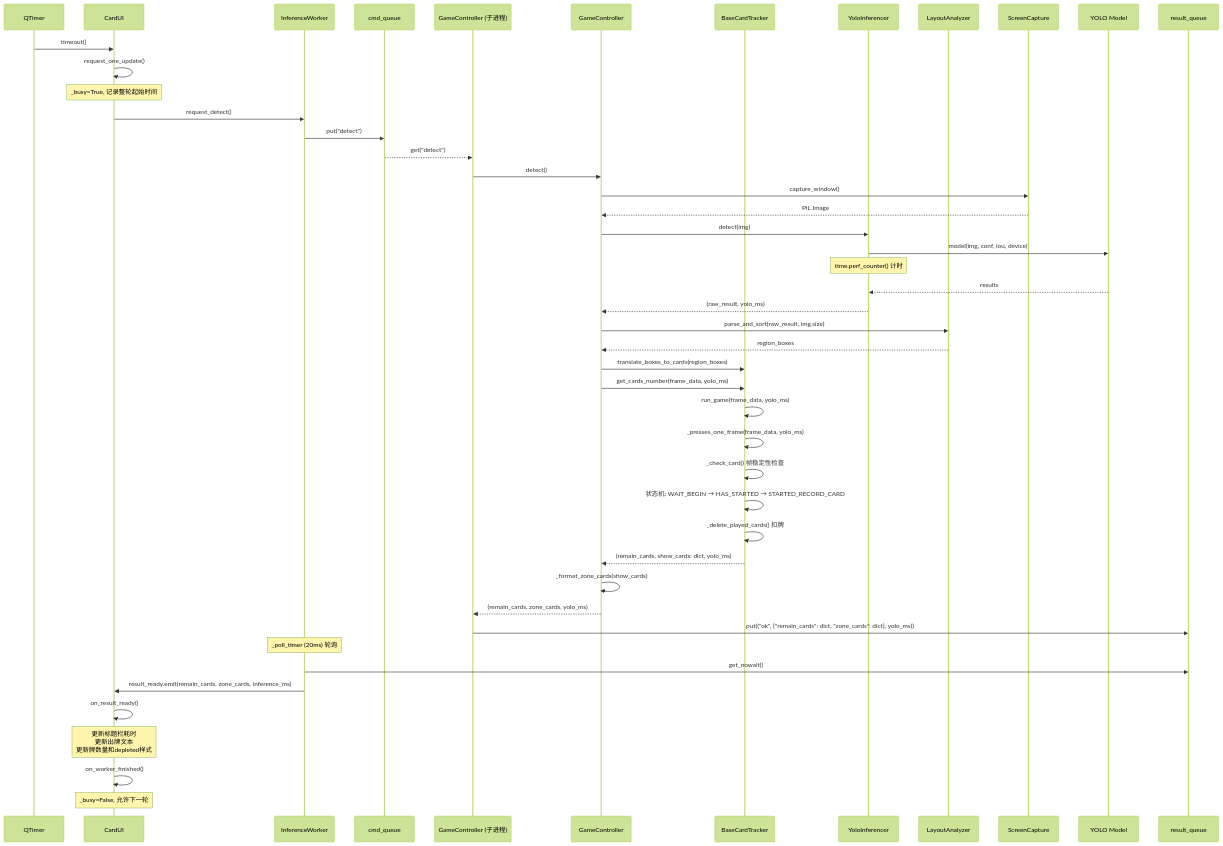
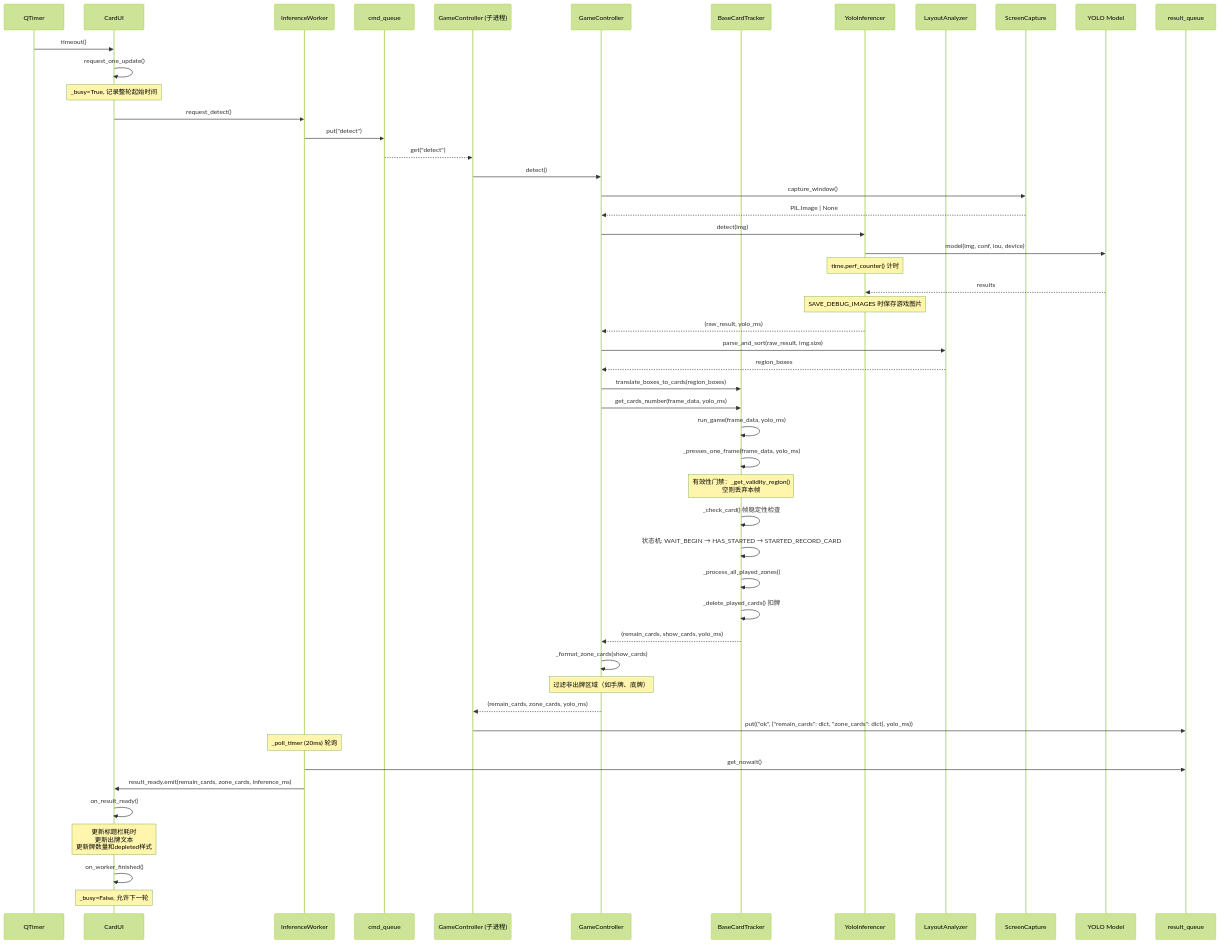
The first of 6 diagrams in docs/sequence-diagram.md (luckFan0519/han-card-tracker), drawn with Mermaid (forest theme) before and after one commit. The commit also changed other lines of this file and 12 other files, not shown here.

````diff
--- a/docs/sequence-diagram.md
+++ b/docs/sequence-diagram.md
@@ -9,57 +9,61 @@
 ```mermaid
 sequenceDiagram
     participant Timer as QTimer
     participant UI as CardUI
     participant Worker as InferenceWorker
     participant CmdQ as cmd_queue
     participant SubProc as GameController (子进程)
     participant Controller as GameController
     participant Tracker as BaseCardTracker
     participant Detector as YoloInferencer
     participant Analyzer as LayoutAnalyzer
     participant Capture as ScreenCapture
     participant YOLO as YOLO Model
     participant ResultQ as result_queue
 
     Timer->>UI: timeout()
     UI->>UI: request_one_update()
     Note over UI: _busy=True, 记录整轮起始时间
     UI->>Worker: request_detect()
     Worker->>CmdQ: put("detect")
 
     CmdQ-->>SubProc: get("detect")
     SubProc->>Controller: detect()
     Controller->>Capture: capture_window()
-    Capture-->>Controller: PIL.Image
+    Capture-->>Controller: PIL.Image | None
     Controller->>Detector: detect(img)
     Detector->>YOLO: model(img, conf, iou, device)
     Note over Detector: time.perf_counter() 计时
     YOLO-->>Detector: results
+    Note over Detector: SAVE_DEBUG_IMAGES 时保存游戏图片
     Detector-->>Controller: (raw_result, yolo_ms)
 
     Controller->>Analyzer: parse_and_sort(raw_result, img.size)
     Analyzer-->>Controller: region_boxes
 
     Controller->>Tracker: translate_boxes_to_cards(region_boxes)
     Controller->>Tracker: get_cards_number(frame_data, yolo_ms)
     Tracker->>Tracker: run_game(frame_data, yolo_ms)
     Tracker->>Tracker: _presses_one_frame(frame_data, yolo_ms)
+    Note over Tracker: 有效性门禁：_get_validity_region()<br/>空则丢弃本帧
 
     Tracker->>Tracker: _check_card() 帧稳定性检查
     Tracker->>Tracker: 状态机: WAIT_BEGIN → HAS_STARTED → STARTED_RECORD_CARD
+    Tracker->>Tracker: _process_all_played_zones()
     Tracker->>Tracker: _delete_played_cards() 扣牌
-    Tracker-->>Controller: (remain_cards, show_cards: dict, yolo_ms)
+    Tracker-->>Controller: (remain_cards, show_cards, yolo_ms)
     Controller->>Controller: _format_zone_cards(show_cards)
+    Note over Controller: 过滤非出牌区域（如手牌、底牌）
     Controller-->>SubProc: (remain_cards, zone_cards, yolo_ms)
 
     SubProc->>ResultQ: put(("ok", {"remain_cards": dict, "zone_cards": dict}, yolo_ms))
 
     Note over Worker: _poll_timer (20ms) 轮询
     Worker->>ResultQ: get_nowait()
     Worker->>UI: result_ready.emit(remain_cards, zone_cards, inference_ms)
 
     UI->>UI: on_result_ready()
     Note over UI: 更新标题栏耗时<br/>更新出牌文本<br/>更新牌数量和depleted样式
     UI->>UI: on_worker_finished()
     Note over UI: _busy=False, 允许下一轮
 ```
````
